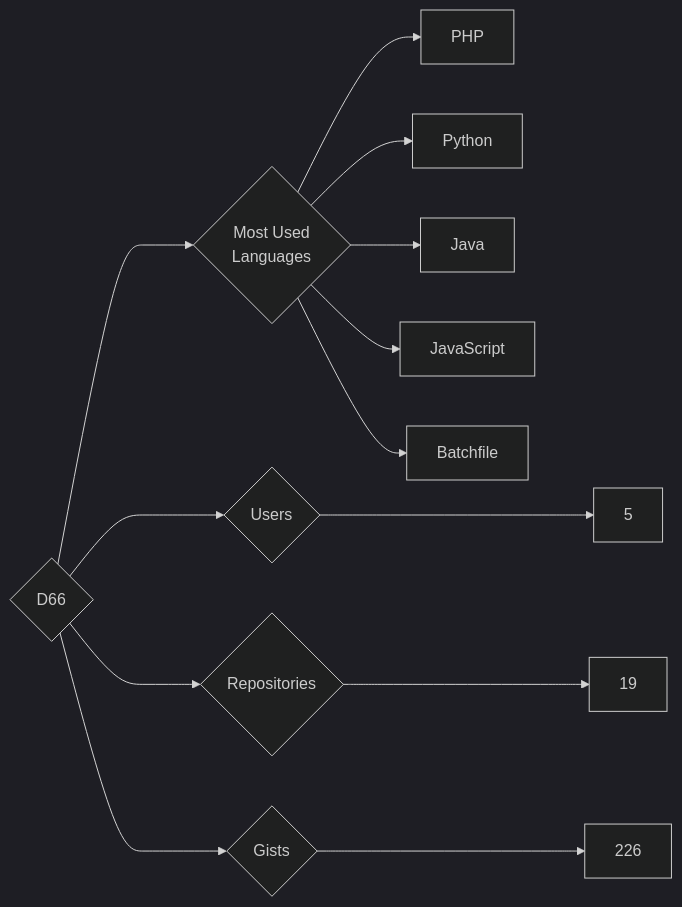
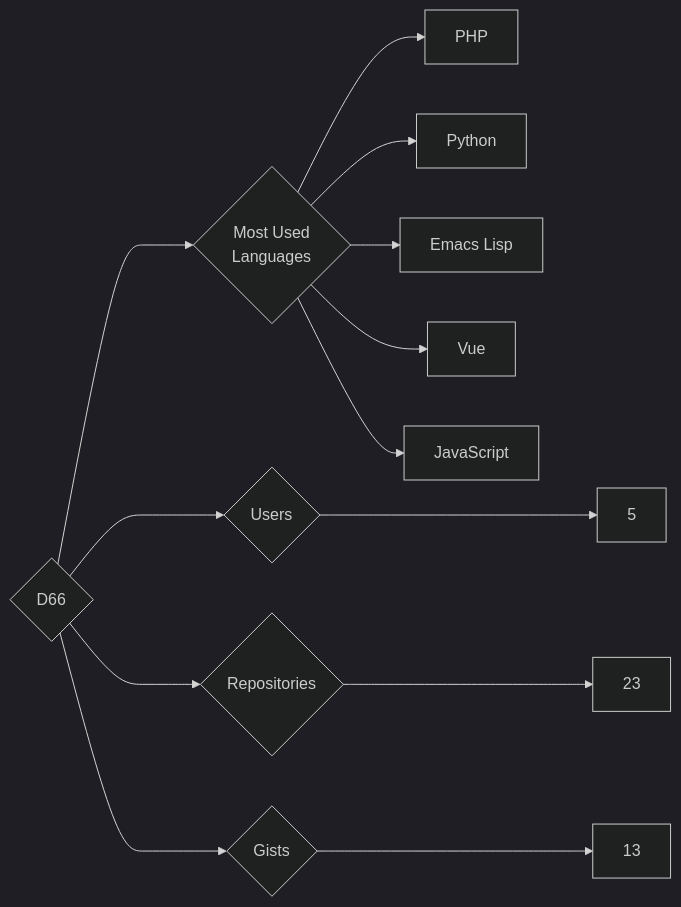
Before and after one commit to trickest/insiders: the diagram in targets/D66/README.md, drawn with Mermaid (dark theme). The commit also changed 953 other files, not shown here.

````diff
--- a/targets/D66/README.md
+++ b/targets/D66/README.md
@@ -3,13 +3,13 @@
 ```mermaid
 graph LR
 COMPANY_NAME{D66}
 COMPANY_NAME ---> U{Users} ---> UN[5]
-COMPANY_NAME ---> R{Repositories} ---> RN[19]
-COMPANY_NAME ---> G{Gists} ---> GN[226]
+COMPANY_NAME ---> R{Repositories} ---> RN[23]
+COMPANY_NAME ---> G{Gists} ---> GN[13]
 COMPANY_NAME ---> ML{Most Used<br>Languages}
 ML --> PHP[PHP]
 ML --> Python[Python]
-ML --> Java[Java]
+ML --> Emacs_Lisp[Emacs Lisp]
+ML --> Vue[Vue]
 ML --> JavaScript[JavaScript]
-ML --> Batchfile[Batchfile]
 ```
````
